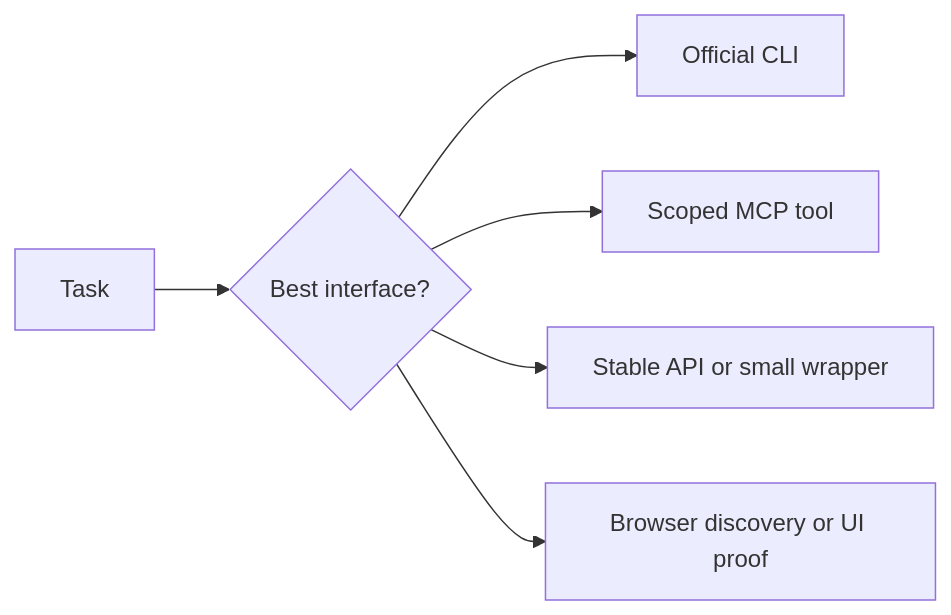
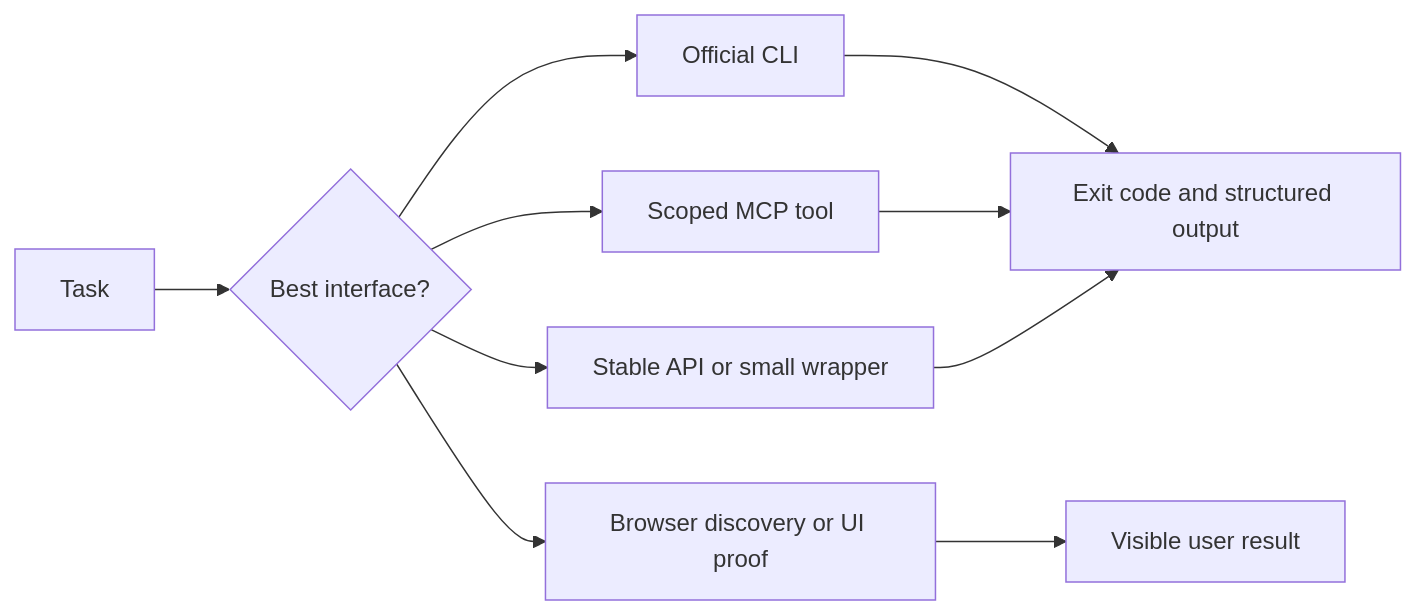
The diagram in docs/tooling.md (sabirmgd/terminal-first-goal-loop), drawn with Mermaid before and after one commit. The commit also changed other lines of this file and 23 other files, not shown here.

````diff
--- a/docs/tooling.md
+++ b/docs/tooling.md
@@ -10,8 +5,12 @@
 ```mermaid
 flowchart LR
     T["Task"] --> C{"Best interface?"}
     C --> CLI["Official CLI"]
     C --> MCP["Scoped MCP tool"]
     C --> API["Stable API or small wrapper"]
     C --> B["Browser discovery or UI proof"]
+    CLI --> E["Exit code and structured output"]
+    MCP --> E
+    API --> E
+    B --> V["Visible user result"]
 ```
````
